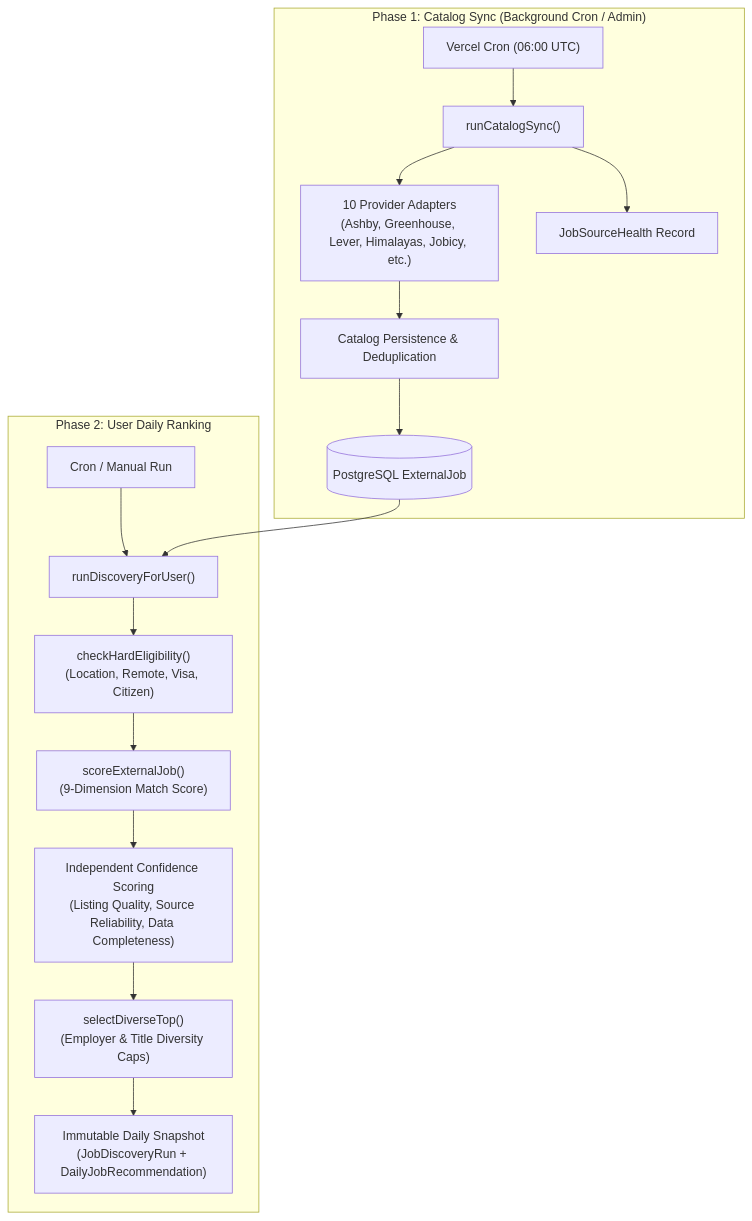
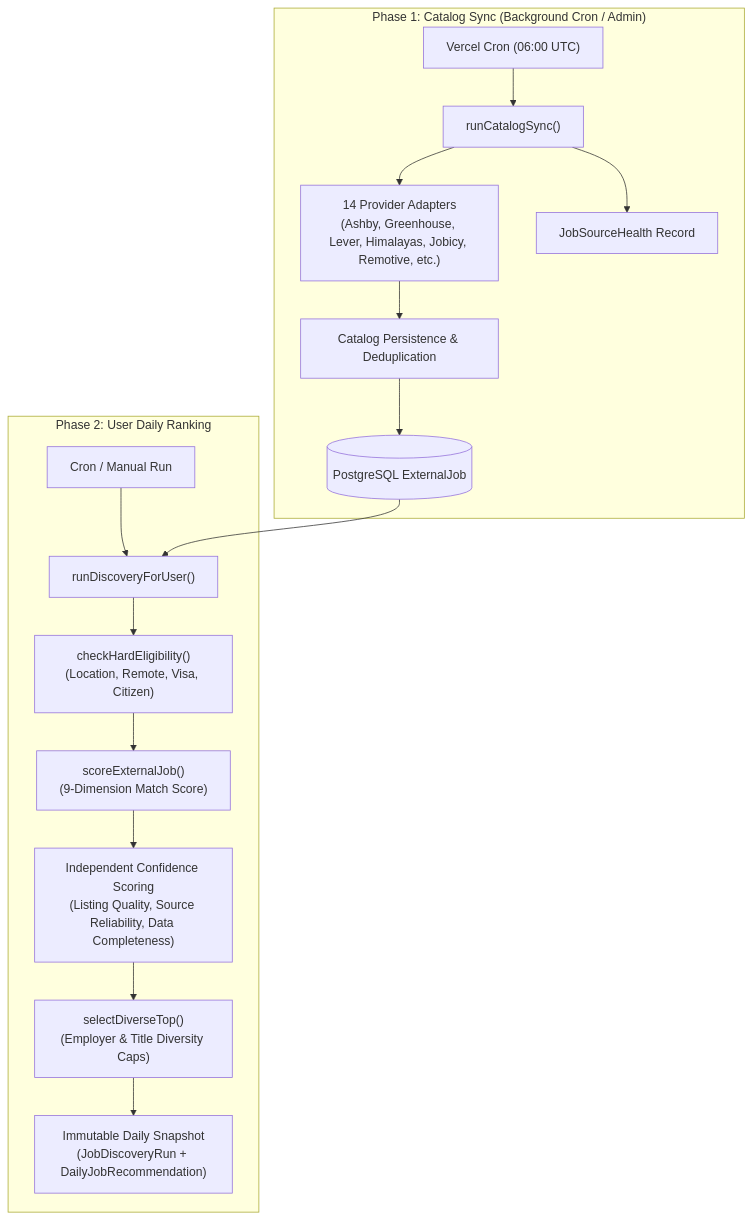
The diagram in docs/JOB_DISCOVERY.md (carlylechia/JOB-SEEKER-OS), drawn with Mermaid before and after one commit. The commit also changed other lines of this file and 45 other files, not shown here.

````diff
--- a/docs/JOB_DISCOVERY.md
+++ b/docs/JOB_DISCOVERY.md
@@ -59,20 +63,20 @@
 ```mermaid
 flowchart TD
     subgraph Ingestion ["Phase 1: Catalog Sync (Background Cron / Admin)"]
         Cron["Vercel Cron (06:00 UTC)"] --> Sync["runCatalogSync()"]
-        Sync --> Providers["10 Provider Adapters\n(Ashby, Greenhouse, Lever, Himalayas, Jobicy, etc.)"]
+        Sync --> Providers["14 Provider Adapters\n(Ashby, Greenhouse, Lever, Himalayas, Jobicy, Remotive, etc.)"]
         Providers --> Dedupe["Catalog Persistence & Deduplication"]
         Dedupe --> DB[(PostgreSQL ExternalJob)]
         Sync --> Health["JobSourceHealth Record"]
     end
 
     subgraph Ranking ["Phase 2: User Daily Ranking"]
         UserTrigger["Cron / Manual Run"] --> Service["runDiscoveryForUser()"]
         DB --> Service
         Service --> HardFilter["checkHardEligibility()\n(Location, Remote, Visa, Citizen)"]
         HardFilter --> Scoring["scoreExternalJob()\n(9-Dimension Match Score)"]
         Scoring --> Confidence["Independent Confidence Scoring\n(Listing Quality, Source Reliability, Data Completeness)"]
         Confidence --> DiverseRank["selectDiverseTop()\n(Employer & Title Diversity Caps)"]
         DiverseRank --> Snapshot["Immutable Daily Snapshot\n(JobDiscoveryRun + DailyJobRecommendation)"]
     end
 ```
````
